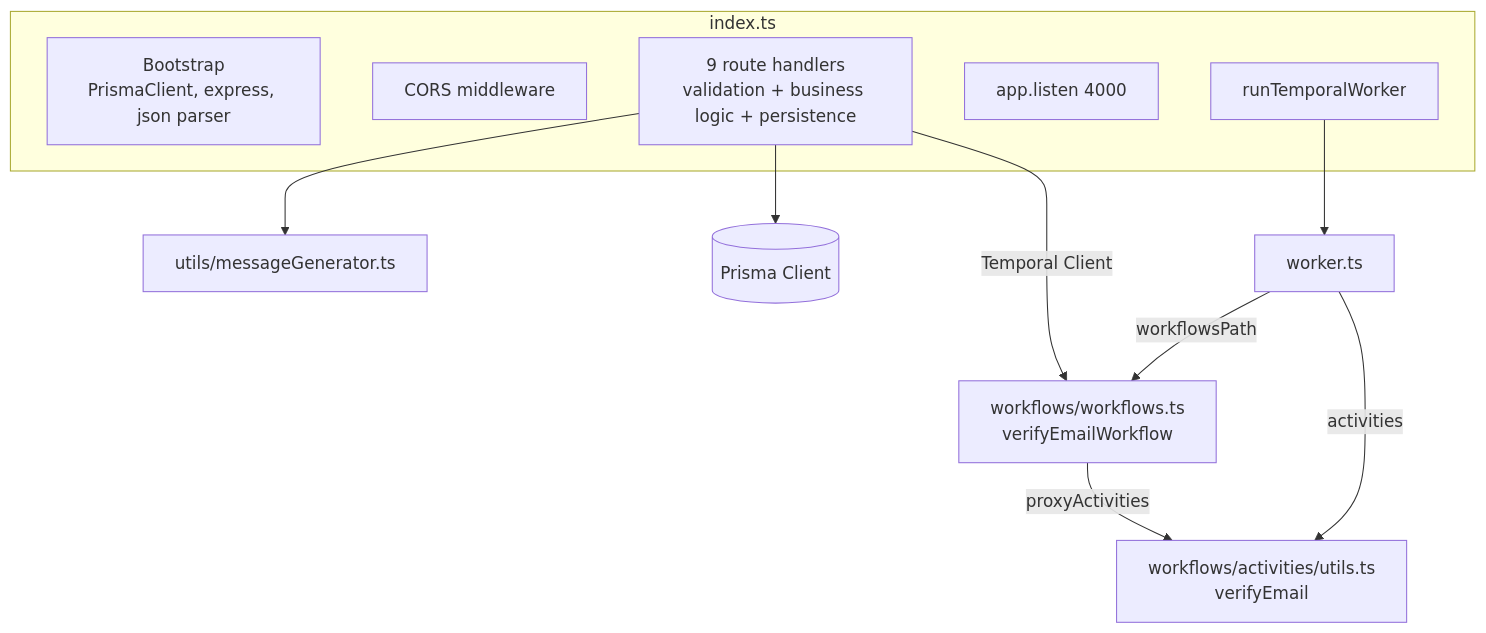
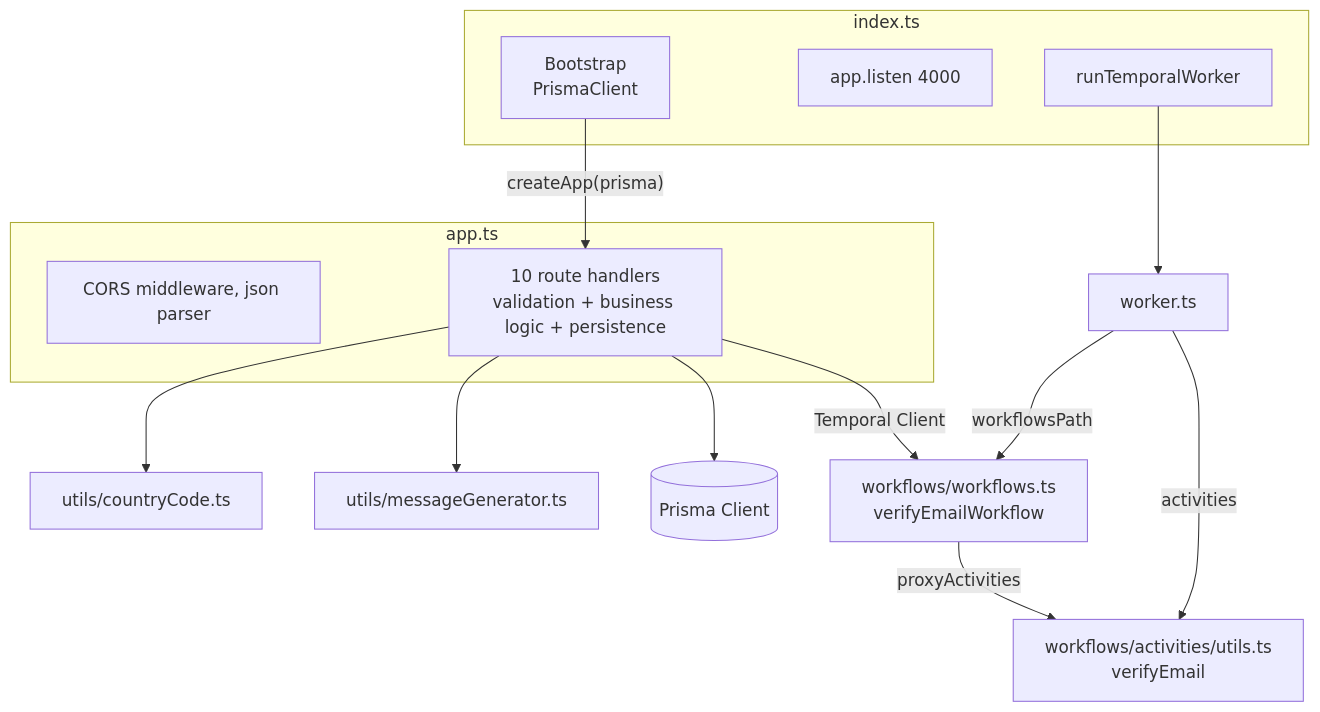
The first of 3 diagrams in design/architecture/02-backend.md (Genesy-AI/technical-task-sergi-cortes), drawn with Mermaid before and after one commit. The commit also changed other lines of this file and 7 other files, not shown here.

First line of the commit message:
docs: document country code normalization and restored quality gates

````diff
--- a/design/architecture/02-backend.md
+++ b/design/architecture/02-backend.md
@@ -8,23 +8,28 @@
 ```mermaid
 flowchart TB
     subgraph index.ts
-        BOOT[Bootstrap<br/>PrismaClient, express, json parser]
-        CORS[CORS middleware]
-        ROUTES[9 route handlers<br/>validation + business logic + persistence]
+        BOOT[Bootstrap<br/>PrismaClient]
         LISTEN[app.listen 4000]
         RUNW[runTemporalWorker]
     end
+    subgraph app.ts
+        CORS[CORS middleware, json parser]
+        ROUTES[10 route handlers<br/>validation + business logic + persistence]
+    end
+    BOOT -- "createApp(prisma)" --> ROUTES
     MSG[utils/messageGenerator.ts]
+    CC[utils/countryCode.ts]
+    ROUTES --> CC
     WF[workflows/workflows.ts<br/>verifyEmailWorkflow]
     ACT[workflows/activities/utils.ts<br/>verifyEmail]
     WORKER[worker.ts]
     PRISMA[(Prisma Client)]
 
     ROUTES --> MSG
     ROUTES --> PRISMA
     ROUTES -- "Temporal Client" --> WF
     RUNW --> WORKER
     WORKER -- "workflowsPath" --> WF
     WORKER -- "activities" --> ACT
     WF -- "proxyActivities" --> ACT
 ```
````
